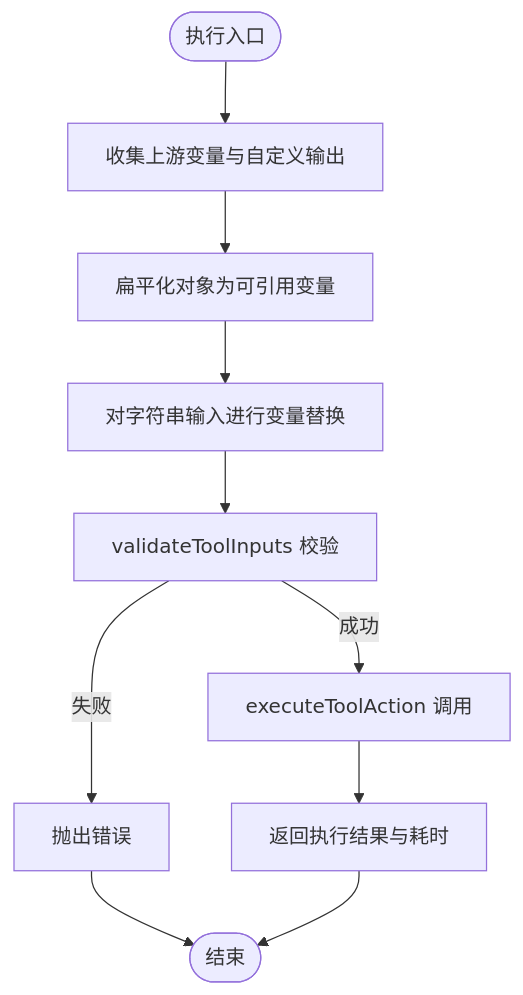
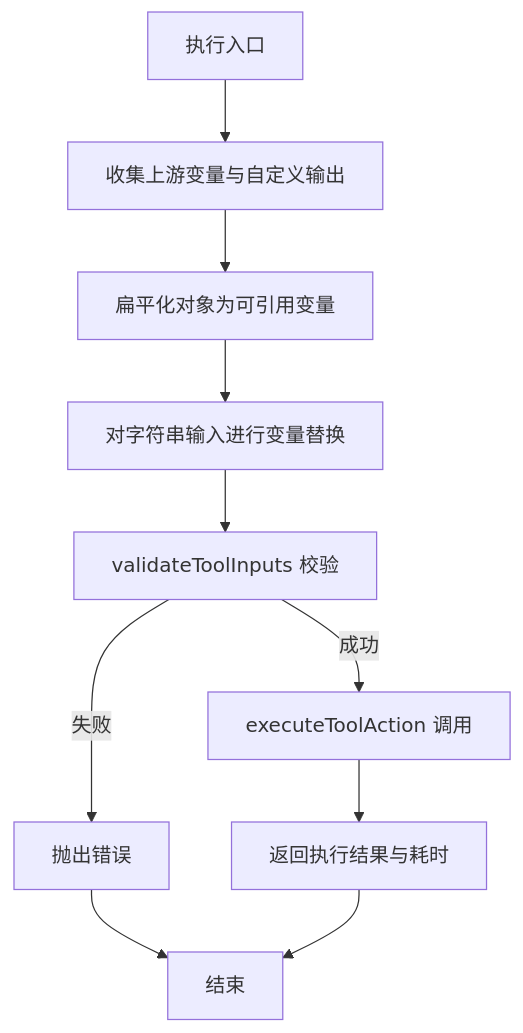
Before and after one commit to JasperLin2333/Flash-Flow: the fourth of 5 diagrams in .qoder/repowiki/zh/content/UI组件架构/构建器组件/工具节点表单.md, drawn with Mermaid. The commit also changed other lines of this file and 19 other files, not shown here.

````diff
--- a/.qoder/repowiki/zh/content/UI组件架构/构建器组件/工具节点表单.md
+++ b/.qoder/repowiki/zh/content/UI组件架构/构建器组件/工具节点表单.md
@@ -192,12 +200,12 @@
 ```mermaid
 flowchart TD
-Enter(["执行入口"]) --> Collect["收集上游变量与自定义输出"]
+Enter["执行入口"] --> Collect["收集上游变量与自定义输出"]
 Collect --> Flatten["扁平化对象为可引用变量"]
 Flatten --> Replace["对字符串输入进行变量替换"]
 Replace --> Validate["validateToolInputs 校验"]
 Validate --> |失败| ThrowErr["抛出错误"]
 Validate --> |成功| CallAction["executeToolAction 调用"]
 CallAction --> Result["返回执行结果与耗时"]
-ThrowErr --> End(["结束"])
+ThrowErr --> End["结束"]
 Result --> End
 ```
````
